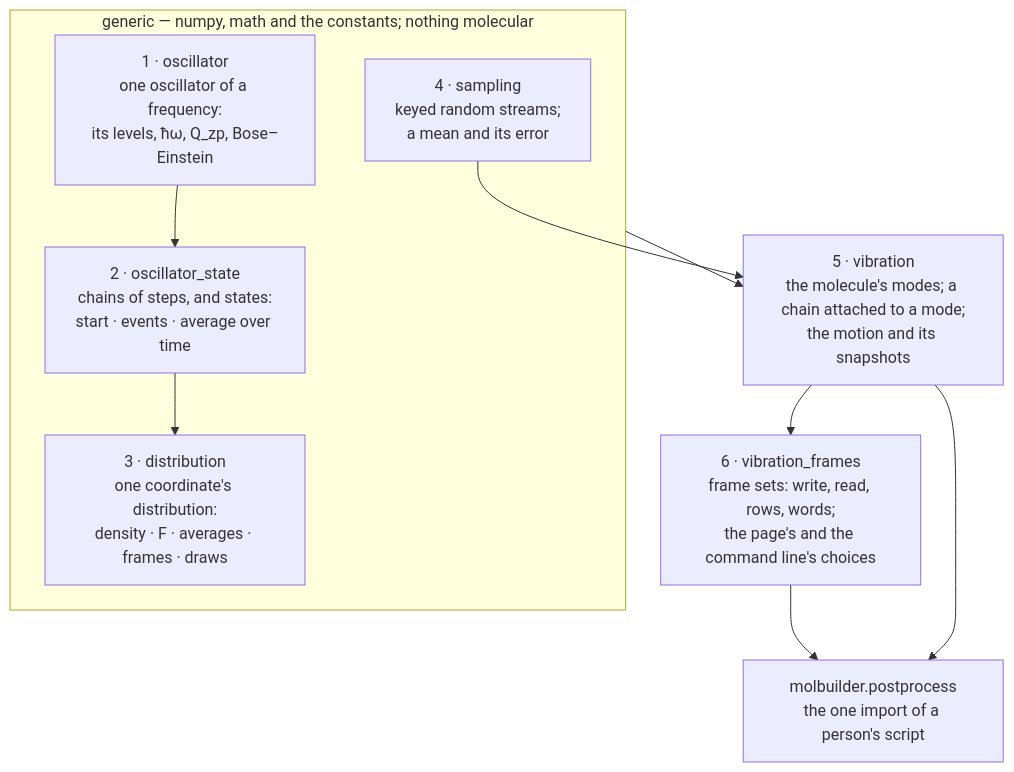
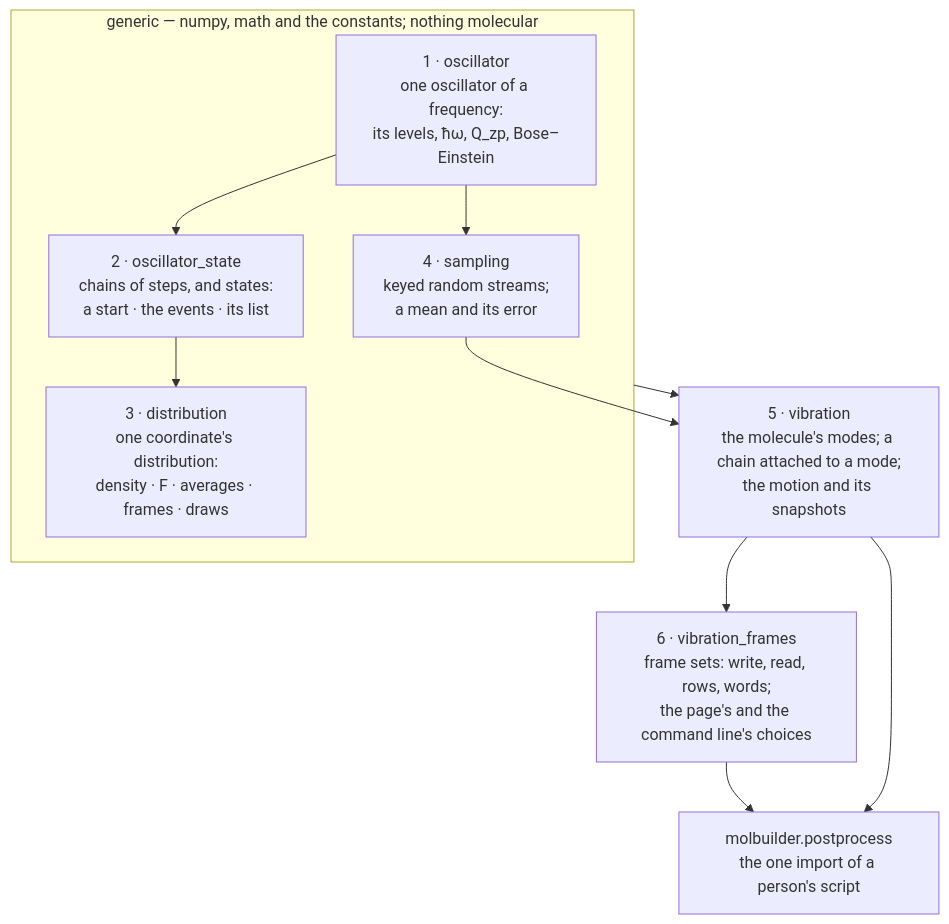
The second of 6 diagrams in docs/engines/vibration-frames.md (Qing-LAB/molbuilder), drawn with Mermaid before and after one commit. The commit also changed other lines of this file and 44 other files, not shown here.

````diff
--- a/docs/engines/vibration-frames.md
+++ b/docs/engines/vibration-frames.md
@@ -938,17 +902,18 @@
 ```mermaid
 flowchart TB
     subgraph G["generic — numpy, math and the constants; nothing molecular"]
         O["1 · oscillator<br/>one oscillator of a frequency:<br/>its levels, ħω, Q_zp, Bose–Einstein"]
-        S["2 · oscillator_state<br/>chains of steps, and states:<br/>start · events · average over time"]
+        S["2 · oscillator_state<br/>chains of steps, and states:<br/>a start · the events · its list"]
         D["3 · distribution<br/>one coordinate's distribution:<br/>density · F · averages · frames · draws"]
         R["4 · sampling<br/>keyed random streams;<br/>a mean and its error"]
         O --> S --> D
+        O --> R
     end
     V["5 · vibration<br/>the molecule's modes; a chain attached to a mode;<br/>the motion and its snapshots"]
     F["6 · vibration_frames<br/>frame sets: write, read, rows, words;<br/>the page's and the command line's choices"]
     P["molbuilder.postprocess<br/>the one import of a person's script"]
     G --> V --> F
     R --> V
     F --> P
     V --> P
 ```
````
